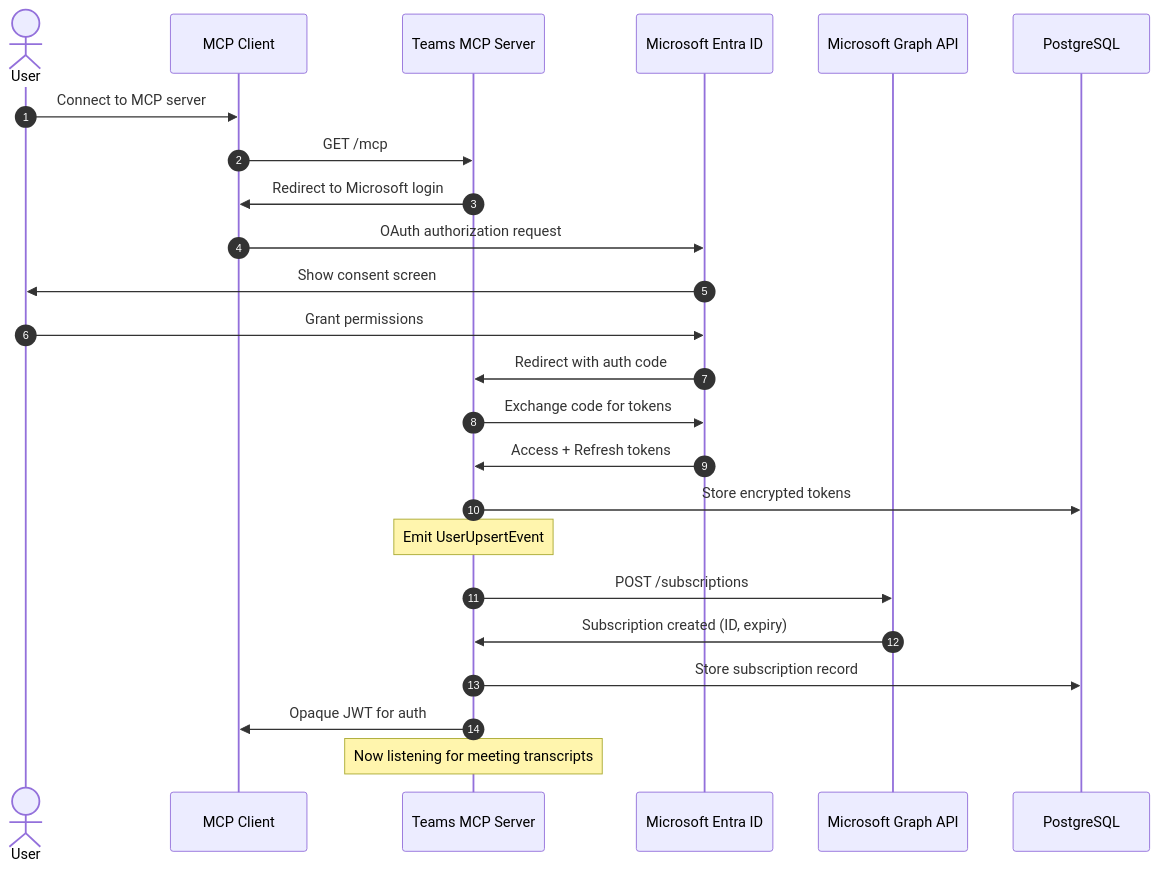
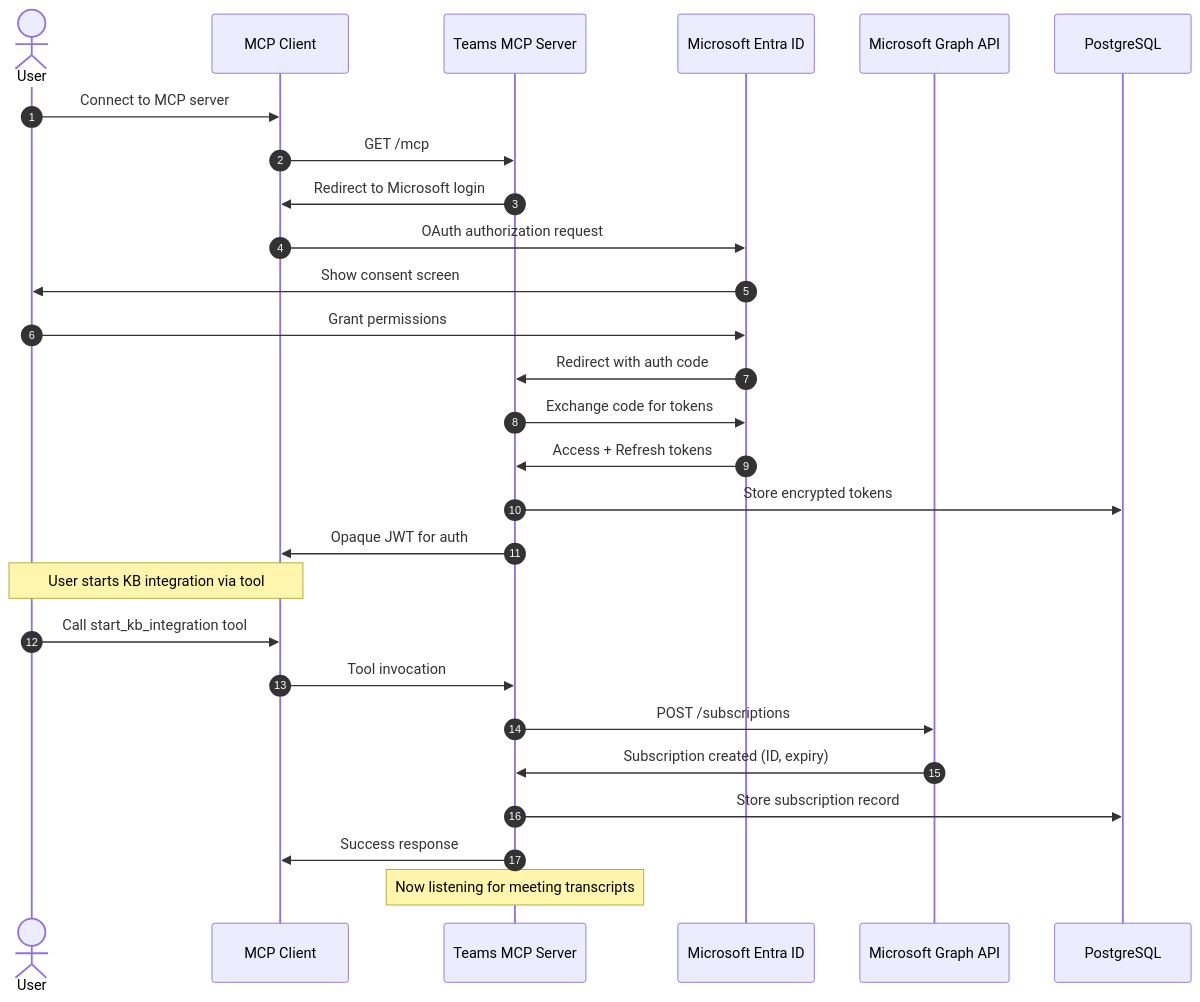
Before and after one commit to Unique-AG/connectors: the second of 4 diagrams in services/teams-mcp/docs/README.md, drawn with Mermaid. The commit also changed 9 other files, not shown here.

First line of the commit message:
refactor(teams-mcp): remove automatic subscription creation on user upsert

````diff
--- a/services/teams-mcp/docs/README.md
+++ b/services/teams-mcp/docs/README.md
@@ -168,29 +168,32 @@
 ```mermaid
 sequenceDiagram
     autonumber
     actor User
     participant MCPClient as MCP Client
     participant TeamsMCP as Teams MCP Server
     participant EntraID as Microsoft Entra ID
     participant MSGraph as Microsoft Graph API
     participant DB as PostgreSQL
 
     User->>MCPClient: Connect to MCP server
     MCPClient->>TeamsMCP: GET /mcp
     TeamsMCP->>MCPClient: Redirect to Microsoft login
     MCPClient->>EntraID: OAuth authorization request
     EntraID->>User: Show consent screen
     User->>EntraID: Grant permissions
     EntraID->>TeamsMCP: Redirect with auth code
     TeamsMCP->>EntraID: Exchange code for tokens
     EntraID->>TeamsMCP: Access + Refresh tokens
     TeamsMCP->>DB: Store encrypted tokens
+    TeamsMCP->>MCPClient: Opaque JWT for auth
 
-    Note over TeamsMCP: Emit UserUpsertEvent
+    Note over User,MCPClient: User starts KB integration via tool
+    User->>MCPClient: Call start_kb_integration tool
+    MCPClient->>TeamsMCP: Tool invocation
     TeamsMCP->>MSGraph: POST /subscriptions
     MSGraph->>TeamsMCP: Subscription created (ID, expiry)
     TeamsMCP->>DB: Store subscription record
-    TeamsMCP->>MCPClient: Opaque JWT for auth
+    TeamsMCP->>MCPClient: Success response
 
     Note over TeamsMCP: Now listening for meeting transcripts
 ```
````
